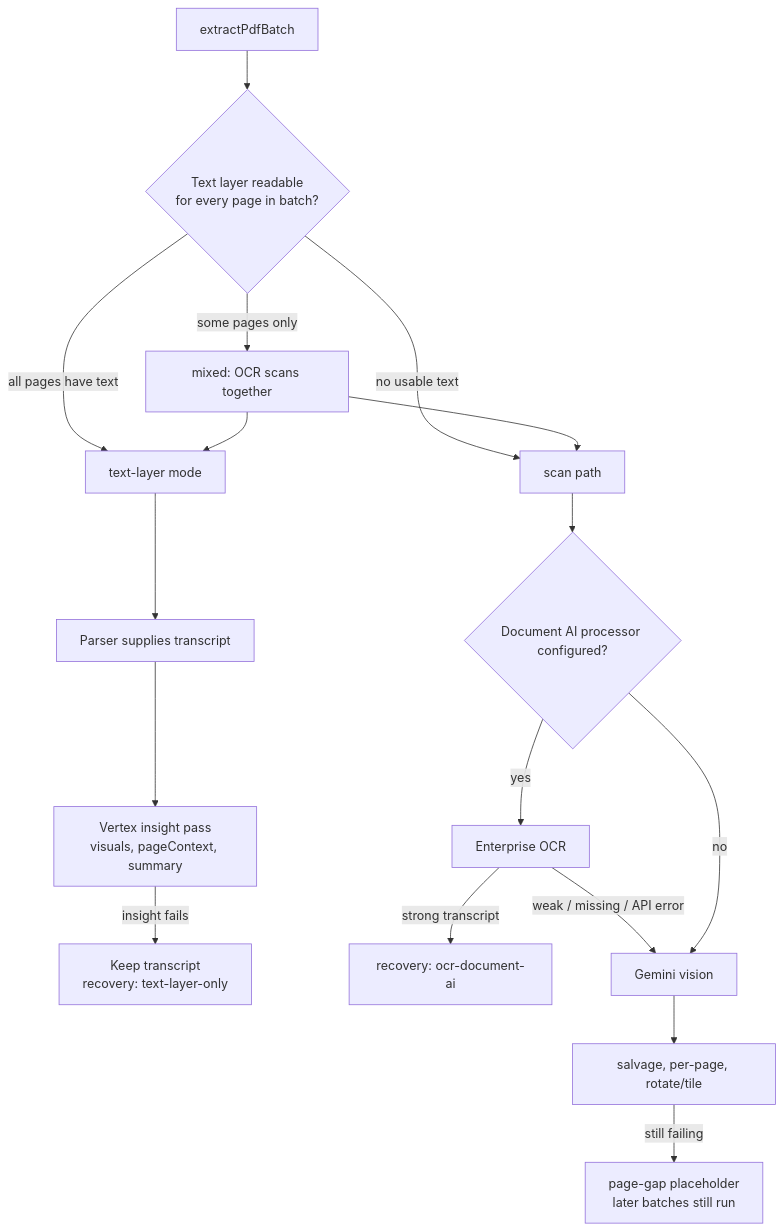
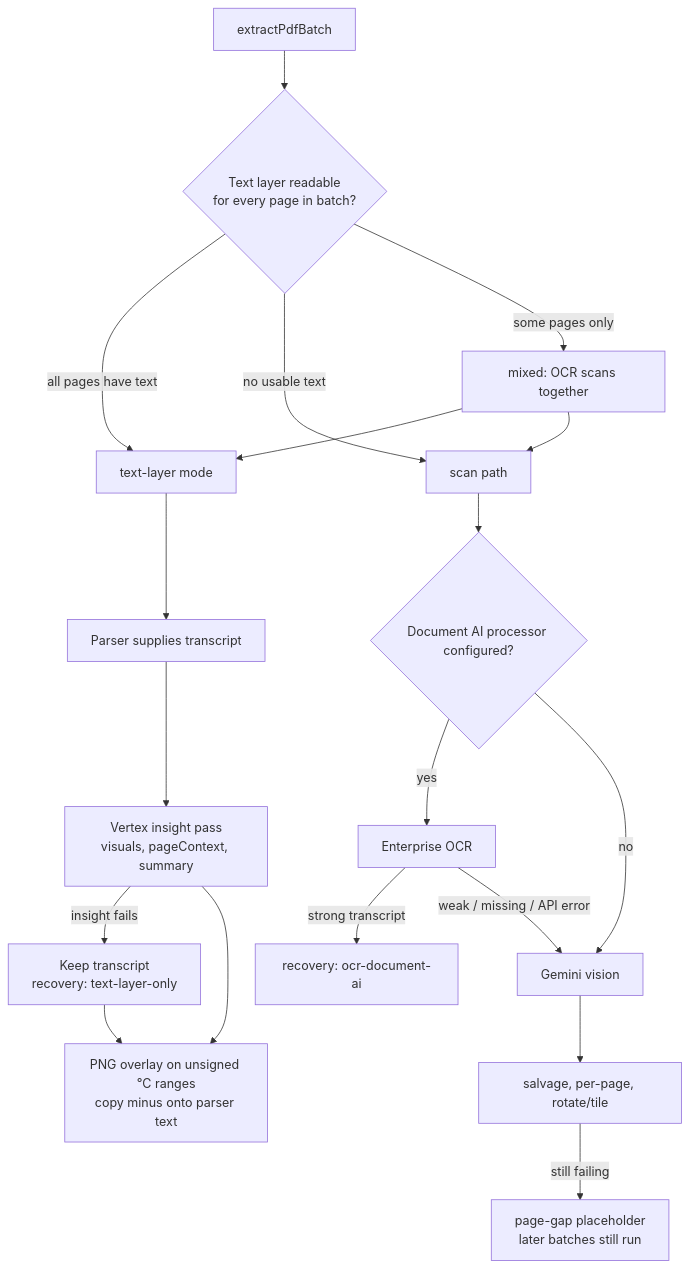
Before and after one commit to sachin-aag/andrei: the fourth of 7 diagrams in docs/document-ingest-pipeline.md, drawn with Mermaid. The commit also changed other lines of this file and 8 other files, not shown here.

First line of the commit message:
Retry PNG overlay for dropped URS Celsius minuses.

````diff
--- a/docs/document-ingest-pipeline.md
+++ b/docs/document-ingest-pipeline.md
@@ -99,22 +99,24 @@
 ```mermaid
 flowchart TD
   A["extractPdfBatch"] --> B{"Text layer readable<br/>for every page in batch?"}
   B -->|all pages have text| C["text-layer mode"]
   B -->|no usable text| D["scan path"]
   B -->|some pages only| E["mixed: OCR scans together"]
 
   C --> F["Parser supplies transcript"]
   F --> G["Vertex insight pass<br/>visuals, pageContext, summary"]
   G -->|insight fails| H["Keep transcript<br/>recovery: text-layer-only"]
+  G --> G2["PNG overlay on unsigned °C ranges<br/>copy minus onto parser text"]
+  H --> G2
 
   D --> OCR{"Document AI processor configured?"}
   OCR -->|yes| I["Enterprise OCR"]
   I -->|strong transcript| J["recovery: ocr-document-ai"]
   I -->|weak / missing / API error| K["Gemini vision"]
   OCR -->|no| K
   K --> L["salvage, per-page, rotate/tile"]
   L -->|still failing| M["page-gap placeholder<br/>later batches still run"]
 
   E --> C
   E --> D
 ```
````
